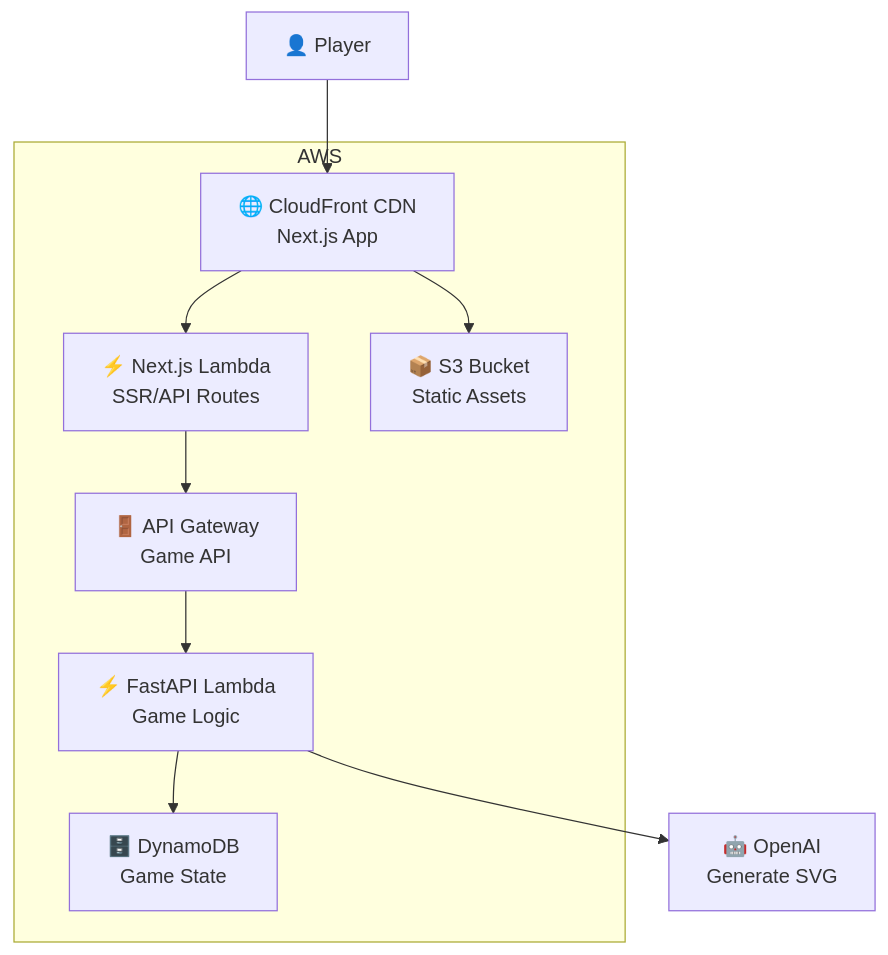
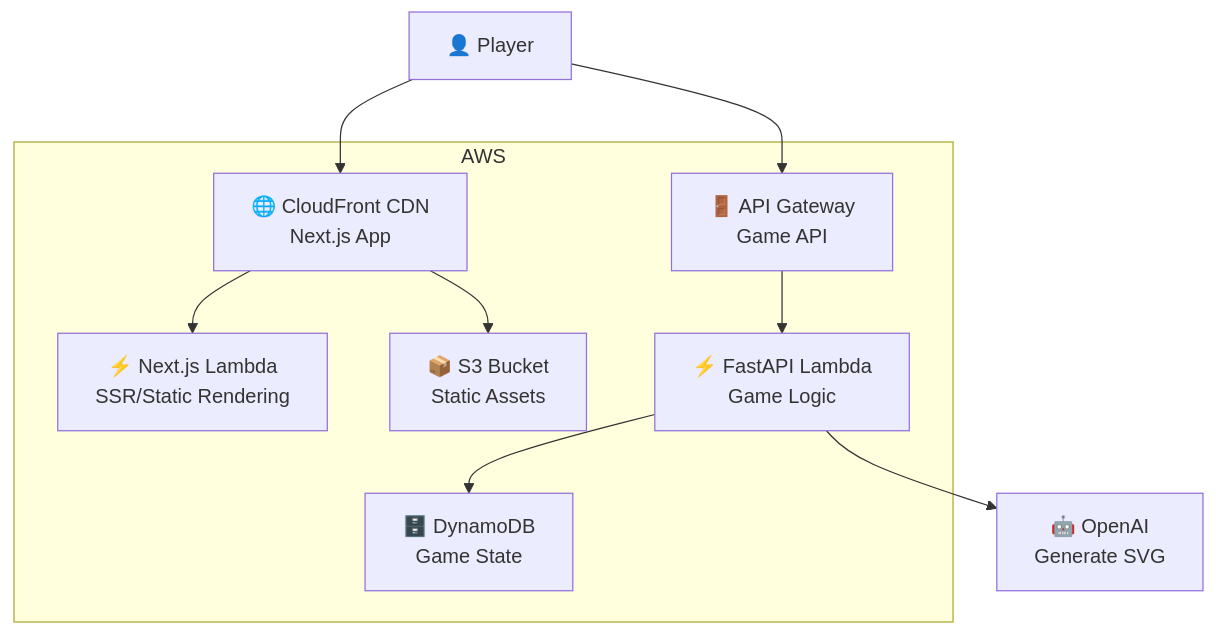
One commit to shengdade/pictionary changed the diagram in README.md. Above: the diagram before and after it, drawn with Mermaid. The commit also changed other lines of this file and 4 other files, not shown here.

````diff
--- a/README.md
+++ b/README.md
@@ -51,23 +51,23 @@
 ```mermaid
 graph TB
     User["👤 Player"] --> CDN["🌐 CloudFront CDN<br/>Next.js App"]
 
-    CDN --> ServerLambda["⚡ Next.js Lambda<br/>SSR/API Routes"]
+    CDN --> ServerLambda["⚡ Next.js Lambda<br/>SSR/Static Rendering"]
     CDN --> Assets["📦 S3 Bucket<br/>Static Assets"]
 
-    ServerLambda --> API["🚪 API Gateway<br/>Game API"]
+    User --> API["🚪 API Gateway<br/>Game API"]
 
     API --> GameLambda["⚡ FastAPI Lambda<br/>Game Logic"]
 
     GameLambda --> DB["🗄️ DynamoDB<br/>Game State"]
     GameLambda --> OpenAI["🤖 OpenAI<br/>Generate SVG"]
 
     subgraph "AWS"
         CDN
         ServerLambda
         Assets
         API
         GameLambda
         DB
     end
 ```
````
